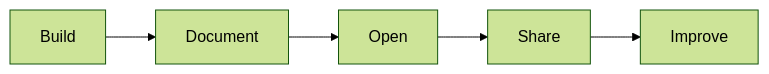
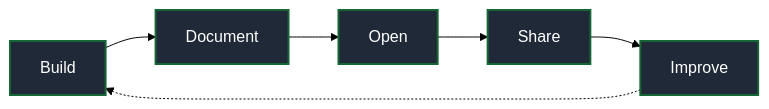
Before and after one commit to StackBlackzada/.github: diagram 15 of 16 in profile/README.md, drawn with Mermaid (forest theme). The commit also changed other lines of this file, not shown here.

````diff
--- a/profile/README.md
+++ b/profile/README.md
@@ -420,4 +672,7 @@
 ```mermaid
 flowchart LR
     A["Build"] --> B["Document"] --> C["Open"] --> D["Share"] --> E["Improve"]
+    E -.-> A
+    classDef d fill:#1F2937,stroke:#166534,color:#fff,stroke-width:2px
+    class A,B,C,D,E d
 ```
````
